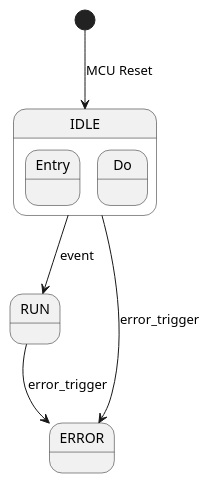
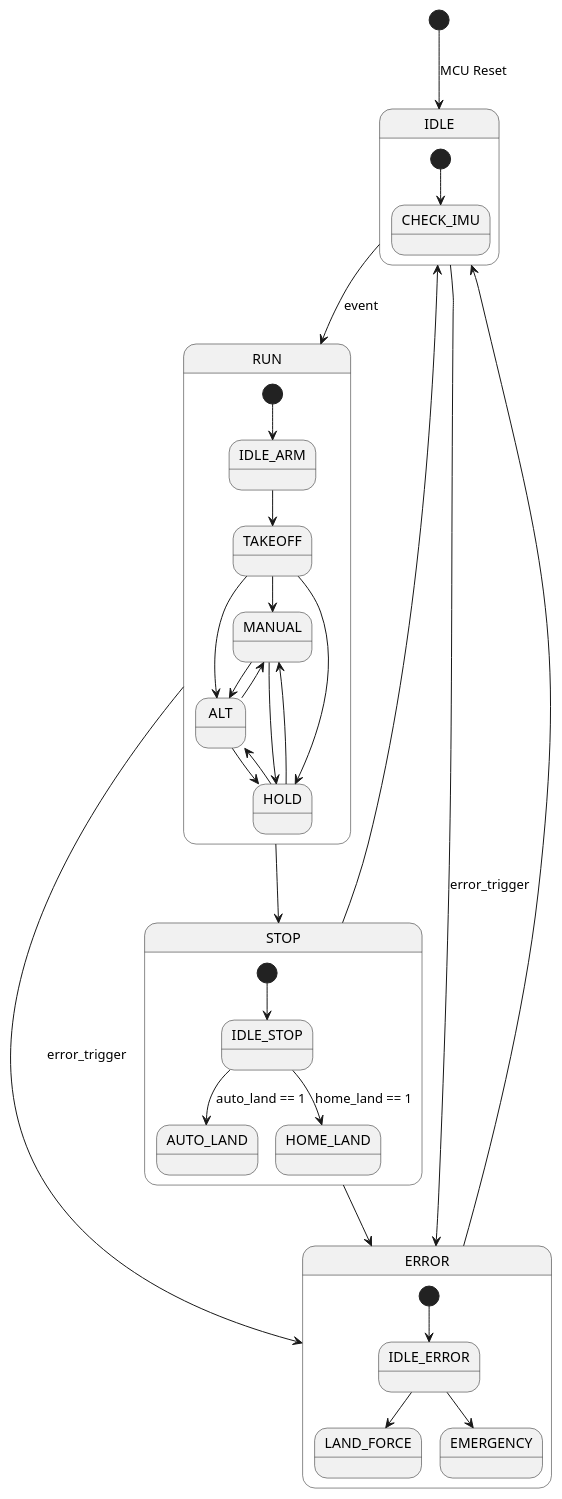
The diagram in graph/statemachine.pu (nguyenhuy0109/Firmware_UAV_ESP32), drawn with PlantUML before and after one commit. The commit also changed 1 other file, not shown here.

Commit message:
update state machine graph

```diff
--- a/graph/statemachine.pu
+++ b/graph/statemachine.pu
@@ -1,10 +1,48 @@
-@startuml
+@startuml State_Machine_Graph
 state IDLE {
-    Entry : 
-    Do : 
+    [*] --> CHECK_IMU
 }
+state RUN {
+    [*] --> IDLE_ARM
+    
+    IDLE_ARM --> TAKEOFF
+
+    TAKEOFF --> MANUAL
+    TAKEOFF --> ALT
+    TAKEOFF --> HOLD
+
+    MANUAL --> ALT
+    MANUAL --> HOLD
+    ALT --> MANUAL
+    ALT --> HOLD
+    HOLD --> ALT
+    HOLD --> MANUAL
+}
+
+state STOP {
+    [*] --> IDLE_STOP
+
+    IDLE_STOP --> AUTO_LAND : auto_land == 1
+    IDLE_STOP --> HOME_LAND : home_land == 1
+}
+
+state ERROR {
+    [*] --> IDLE_ERROR
+
+    IDLE_ERROR --> LAND_FORCE
+    IDLE_ERROR --> EMERGENCY
+}
+
 [*] --> IDLE : MCU Reset
 IDLE --> RUN : event
 IDLE --> ERROR : error_trigger
+
+
 RUN --> ERROR : error_trigger
+RUN --> STOP 
+
+STOP --> IDLE
+STOP --> ERROR
+
+ERROR --> IDLE
 @enduml
```
